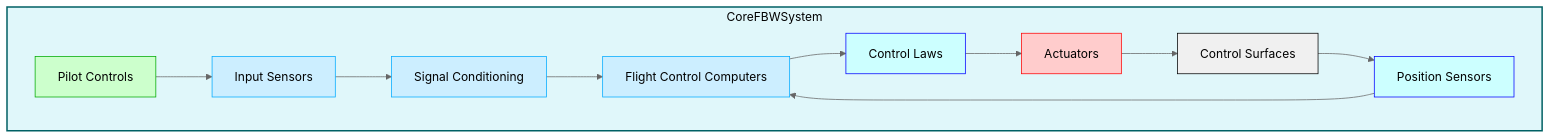
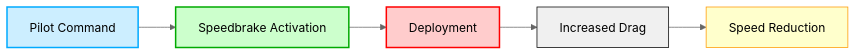
The sixth of 13 diagrams in FTC_27-00-00-00-000 – ATA_27-Flight-Controls.md (Robbbo-T/Ampel360XWLRGA), drawn with Mermaid (neutral theme) before and after one commit. The commit also changed other lines of this file, not shown here.

Commit message:
Update FTC_27-00-00-00-000 – ATA_27-Flight-Controls.md (#72)

````diff
--- a/FTC_27-00-00-00-000 – ATA_27-Flight-Controls.md
+++ b/FTC_27-00-00-00-000 – ATA_27-Flight-Controls.md
@@ -2676,23 +299,12 @@
 ```mermaid
-graph TD
-    subgraph CoreFBWSystem
-        A[Pilot Controls] --> B[Input Sensors]
-        B --> C[Signal Conditioning]
-        C --> D[Flight Control Computers]
-        D --> E[Control Laws]
-        E --> F[Actuators]
-        F --> G[Control Surfaces]
-        G --> H[Position Sensors]
-        H --> D
-    end
-
-    style CoreFBWSystem fill:#e0f7fa,stroke:#006064,stroke-width:2px,color:#000
-    style A fill:#ccffcc,stroke:#00aa00,stroke-width:1px,color:#000
-    style B fill:#cceeff,stroke:#00aaff,stroke-width:1px,color:#000
-    style C fill:#cceeff,stroke:#00aaff,stroke-width:1px,color:#000
-    style D fill:#cceeff,stroke:#00aaff,stroke-width:1px,color:#000
-    style E fill:#ccffff,stroke:#0000ff,stroke-width:1px,color:#000
-    style F fill:#ffcccc,stroke:#ff0000,stroke-width:1px,color:#000
-    style G fill:#f0f0f0,stroke:#000000,stroke-width:1px,color:#000
-    style H fill:#ccffff,stroke:#0000ff,stroke-width:1px,color:#000
+graph LR
+    A[Pilot Command] --> B[Speedbrake Activation]
+    B --> C[Deployment]
+    C --> D[Increased Drag]
+    D --> E[Speed Reduction]
+    style A fill:#cceeff,stroke:#00aaff,stroke-width:2px
+    style B fill:#ccffcc,stroke:#00aa00,stroke-width:2px
+    style C fill:#ffcccc,stroke:#ff0000,stroke-width:2px
+    style D fill:#f0f0f0,stroke:#000000,stroke-width:1px
+    style E fill:#ffffcc,stroke:#ff9900,stroke-width:1px
 ```
````
